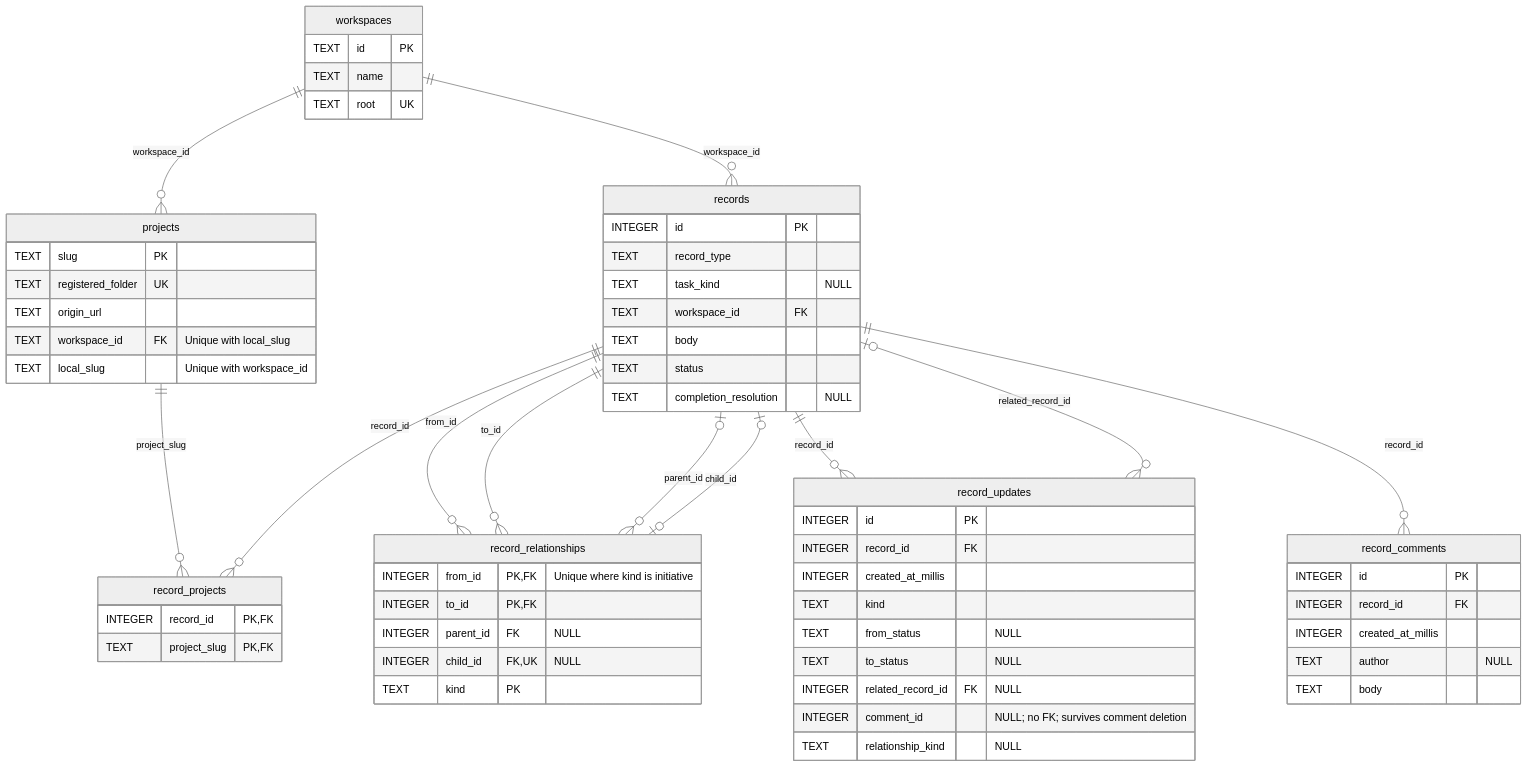
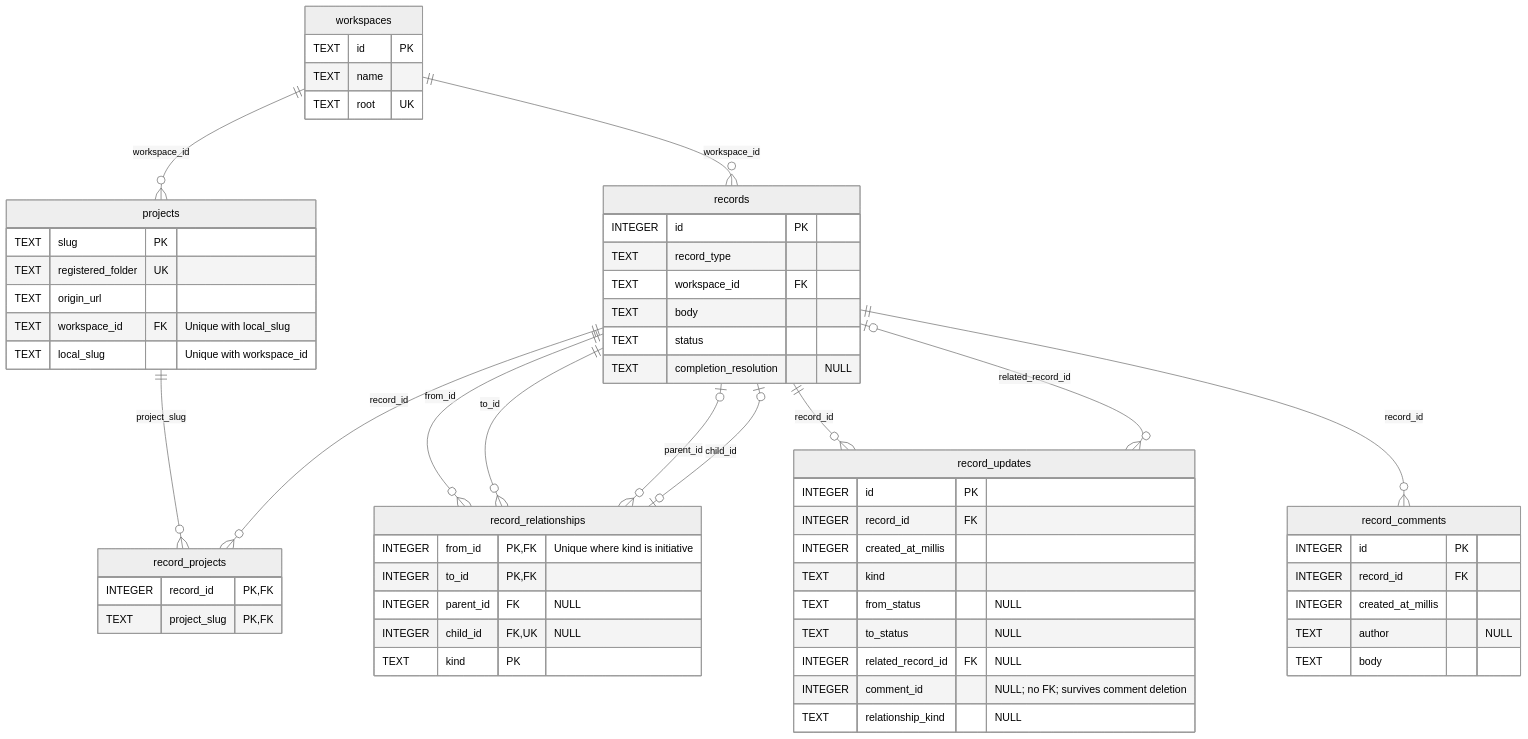
The first of 3 diagrams in crates/store/README.md (albizures/forge), drawn with Mermaid (neutral theme) before and after one commit. The commit also changed other lines of this file and 66 other files, not shown here.

````diff
--- a/crates/store/README.md
+++ b/crates/store/README.md
@@ -59,65 +59,64 @@
 ```mermaid
 erDiagram
     workspaces {
         TEXT id PK
         TEXT name
         TEXT root UK
     }
     projects {
         TEXT slug PK
         TEXT registered_folder UK
         TEXT origin_url
         TEXT workspace_id FK "Unique with local_slug"
         TEXT local_slug "Unique with workspace_id"
     }
     records {
         INTEGER id PK
         TEXT record_type
-        TEXT task_kind "NULL"
         TEXT workspace_id FK
         TEXT body
         TEXT status
         TEXT completion_resolution "NULL"
     }
     record_projects {
         INTEGER record_id PK,FK
         TEXT project_slug PK,FK
     }
     record_relationships {
         INTEGER from_id PK,FK "Unique where kind is initiative"
         INTEGER to_id PK,FK
         INTEGER parent_id FK "NULL"
         INTEGER child_id FK,UK "NULL"
         TEXT kind PK
     }
     record_updates {
         INTEGER id PK
         INTEGER record_id FK
         INTEGER created_at_millis
         TEXT kind
         TEXT from_status "NULL"
         TEXT to_status "NULL"
         INTEGER related_record_id FK "NULL"
         INTEGER comment_id "NULL; no FK; survives comment deletion"
         TEXT relationship_kind "NULL"
     }
     record_comments {
         INTEGER id PK
         INTEGER record_id FK
         INTEGER created_at_millis
         TEXT author "NULL"
         TEXT body
     }
 
     workspaces ||--o{ projects : workspace_id
     workspaces ||--o{ records : workspace_id
     projects ||--o{ record_projects : project_slug
     records ||--o{ record_projects : record_id
     records ||--o{ record_relationships : from_id
     records ||--o{ record_relationships : to_id
     records o|--o{ record_relationships : parent_id
     records o|--o| record_relationships : child_id
     records ||--o{ record_updates : record_id
     records o|--o{ record_updates : related_record_id
     records ||--o{ record_comments : record_id
 ```
````
